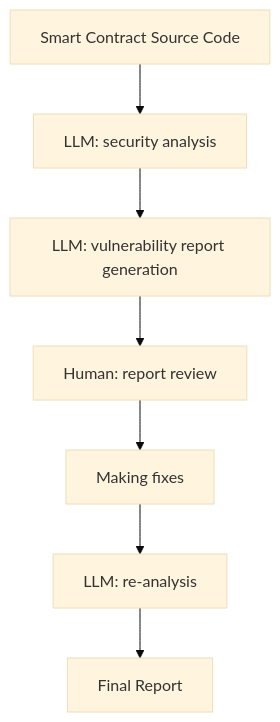
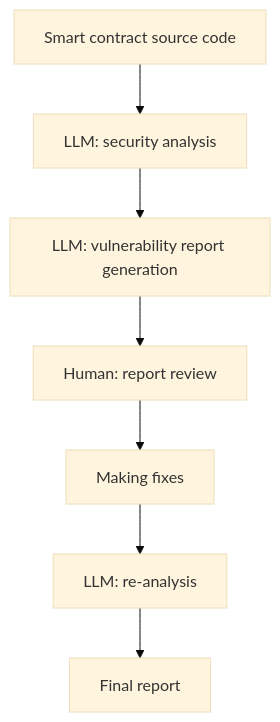
Before and after one commit to all-mute/learn-agents: diagram 12 of 12 in cognitive-book/docs/junior/_workflows-examples-p2.mdx, drawn with Mermaid (base theme). The commit also changed other lines of this file and 93 other files, not shown here.

````diff
--- a/cognitive-book/docs/junior/_workflows-examples-p2.mdx
+++ b/cognitive-book/docs/junior/_workflows-examples-p2.mdx
@@ -661,9 +661,9 @@
 ```mermaid
 flowchart TD
-    Source[Smart Contract Source Code] --> LLMAnalyze[LLM: security analysis]
+    Source[Smart contract source code] --> LLMAnalyze[LLM: security analysis]
     LLMAnalyze --> Report[LLM: vulnerability report generation]
     Report --> HumanReview[Human: report review]
     HumanReview --> Fixes[Making fixes]
     Fixes --> ReAnalyze[LLM: re-analysis]
-    ReAnalyze --> FinalReport[Final Report]
+    ReAnalyze --> FinalReport[Final report]
 ```
````
